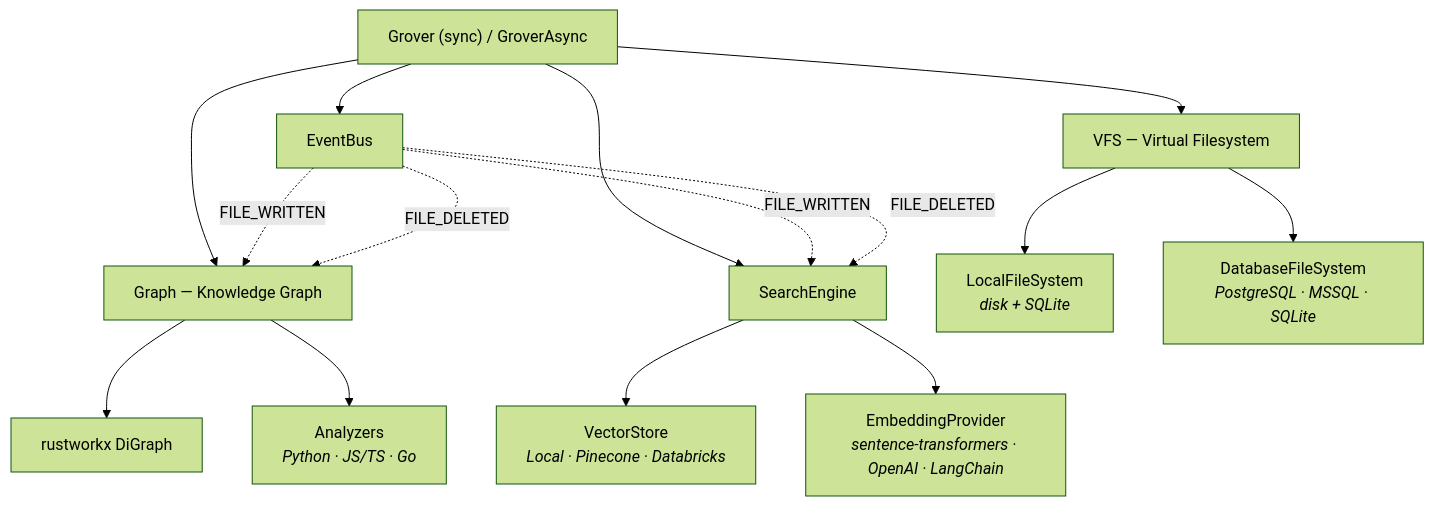
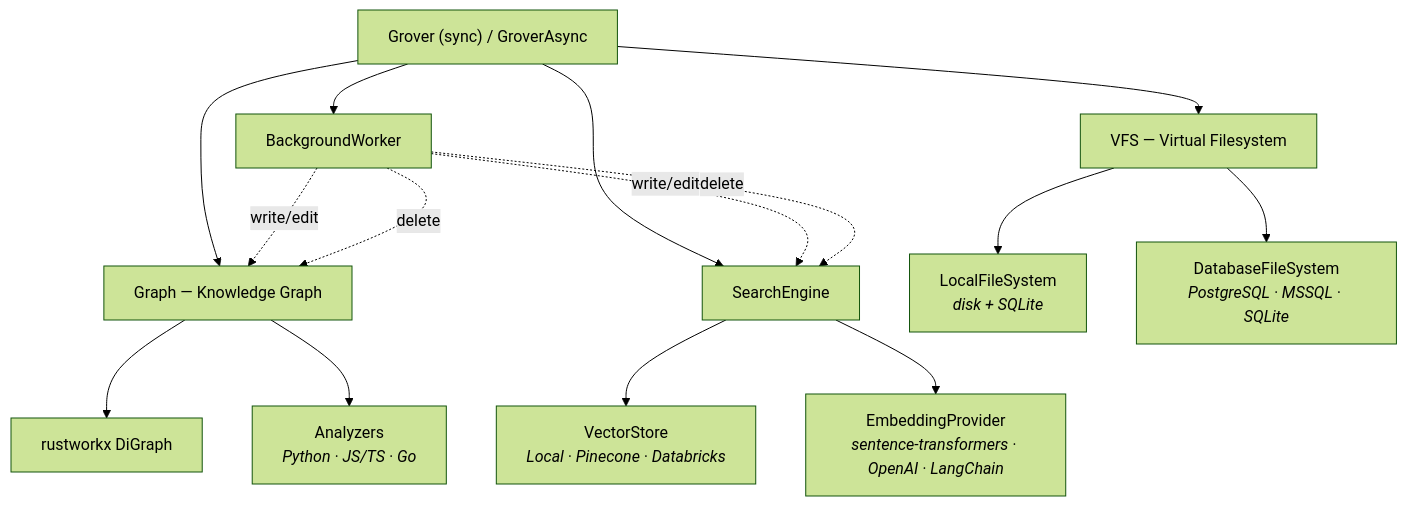
One commit to ClayGendron/grover changed the diagram in README.md. Above: the diagram before and after it, drawn with Mermaid (forest theme). The commit also changed other lines of this file and 10 other files, not shown here.

First line of the commit message:
Delete EventBus, update all imports and docs to BackgroundWorker

````diff
--- a/README.md
+++ b/README.md
@@ -133,22 +133,22 @@
 ```mermaid
 graph TD
     A["Grover (sync) / GroverAsync"]
     A --> B["VFS — Virtual Filesystem"]
     A --> C["Graph — Knowledge Graph"]
     A --> D["SearchEngine"]
-    A --> E["EventBus"]
+    A --> E["BackgroundWorker"]
 
     B --> F["LocalFileSystem<br/><i>disk + SQLite</i>"]
     B --> G["DatabaseFileSystem<br/><i>PostgreSQL · MSSQL · SQLite</i>"]
 
     C --> H["rustworkx DiGraph"]
     C --> I["Analyzers<br/><i>Python · JS/TS · Go</i>"]
 
     D --> J["VectorStore<br/><i>Local · Pinecone · Databricks</i>"]
     D --> K["EmbeddingProvider<br/><i>sentence-transformers · OpenAI · LangChain</i>"]
 
-    E -.->|FILE_WRITTEN| C
-    E -.->|FILE_WRITTEN| D
-    E -.->|FILE_DELETED| C
-    E -.->|FILE_DELETED| D
+    E -.->|write/edit| C
+    E -.->|write/edit| D
+    E -.->|delete| C
+    E -.->|delete| D
 ```
````
